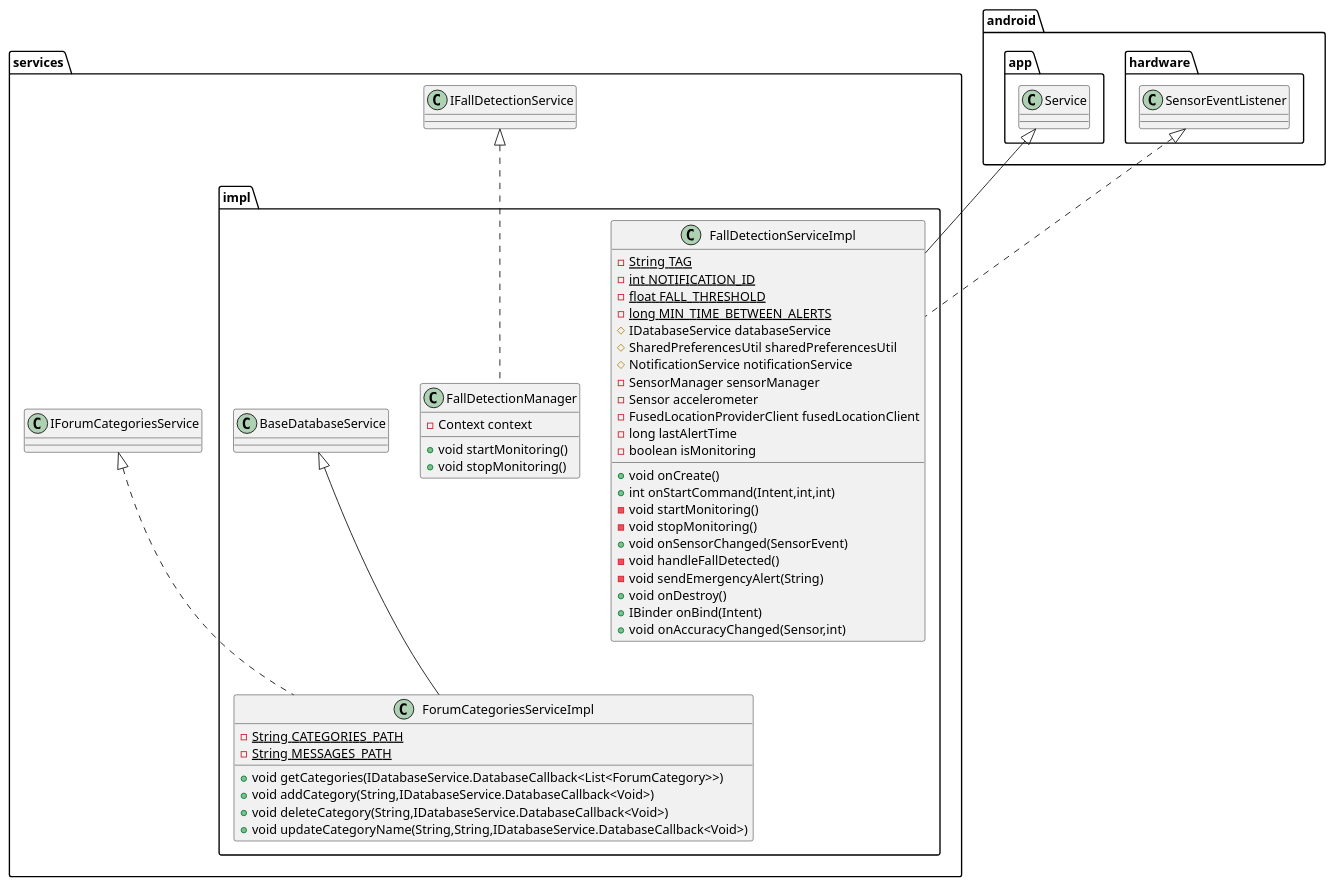
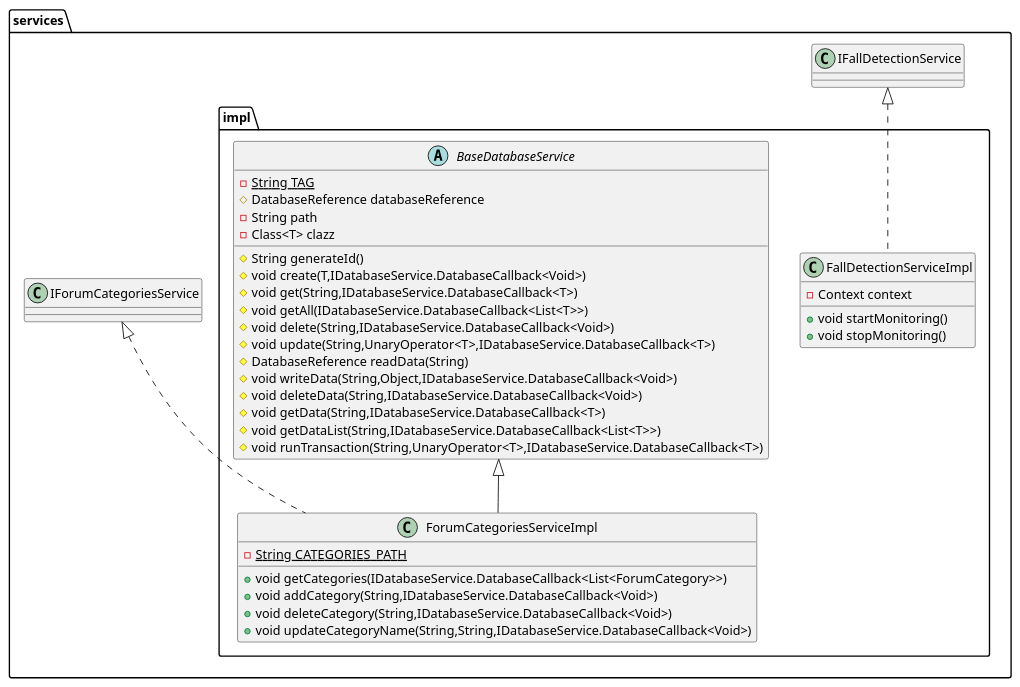
The diagram in umls/impl3.puml (sagiv23/ShvilHazhav), drawn with PlantUML before and after one commit. The commit also changed 11 other files, not shown here.

```diff
--- a/umls/impl3.puml
+++ b/umls/impl3.puml
@@ -1,52 +1,43 @@
 @startuml
 class services.impl.FallDetectionServiceImpl {
-- {static} String TAG
-- {static} int NOTIFICATION_ID
-- {static} float FALL_THRESHOLD
-- {static} long MIN_TIME_BETWEEN_ALERTS
-# IDatabaseService databaseService
-# SharedPreferencesUtil sharedPreferencesUtil
-# NotificationService notificationService
-- SensorManager sensorManager
-- Sensor accelerometer
-- FusedLocationProviderClient fusedLocationClient
-- long lastAlertTime
-- boolean isMonitoring
-+ void onCreate()
-+ int onStartCommand(Intent,int,int)
-- void startMonitoring()
-- void stopMonitoring()
-+ void onSensorChanged(SensorEvent)
-- void handleFallDetected()
-- void sendEmergencyAlert(String)
-+ void onDestroy()
-+ IBinder onBind(Intent)
-+ void onAccuracyChanged(Sensor,int)
-}
-
-
-class services.impl.FallDetectionManager {
 - Context context
 + void startMonitoring()
 + void stopMonitoring()
 }
 
 
 class services.impl.ForumCategoriesServiceImpl {
 - {static} String CATEGORIES_PATH
-- {static} String MESSAGES_PATH
 + void getCategories(IDatabaseService.DatabaseCallback<List<ForumCategory>>)
 + void addCategory(String,IDatabaseService.DatabaseCallback<Void>)
 + void deleteCategory(String,IDatabaseService.DatabaseCallback<Void>)
 + void updateCategoryName(String,String,IDatabaseService.DatabaseCallback<Void>)
 }
 
 
+abstract class services.impl.BaseDatabaseService {
+- {static} String TAG
+# DatabaseReference databaseReference
+- String path
+- Class<T> clazz
+# String generateId()
+# void create(T,IDatabaseService.DatabaseCallback<Void>)
+# void get(String,IDatabaseService.DatabaseCallback<T>)
+# void getAll(IDatabaseService.DatabaseCallback<List<T>>)
+# void delete(String,IDatabaseService.DatabaseCallback<Void>)
+# void update(String,UnaryOperator<T>,IDatabaseService.DatabaseCallback<T>)
+# DatabaseReference readData(String)
+# void writeData(String,Object,IDatabaseService.DatabaseCallback<Void>)
+# void deleteData(String,IDatabaseService.DatabaseCallback<Void>)
+# void getData(String,IDatabaseService.DatabaseCallback<T>)
+# void getDataList(String,IDatabaseService.DatabaseCallback<List<T>>)
+# void runTransaction(String,UnaryOperator<T>,IDatabaseService.DatabaseCallback<T>)
+}
 
 
-android.hardware.SensorEventListener <|.. services.impl.FallDetectionServiceImpl
-android.app.Service <|-- services.impl.FallDetectionServiceImpl
-services.IFallDetectionService <|.. services.impl.FallDetectionManager
+
+
+services.IFallDetectionService <|.. services.impl.FallDetectionServiceImpl
 services.IForumCategoriesService <|.. services.impl.ForumCategoriesServiceImpl
 services.impl.BaseDatabaseService <|-- services.impl.ForumCategoriesServiceImpl
 @enduml
```
